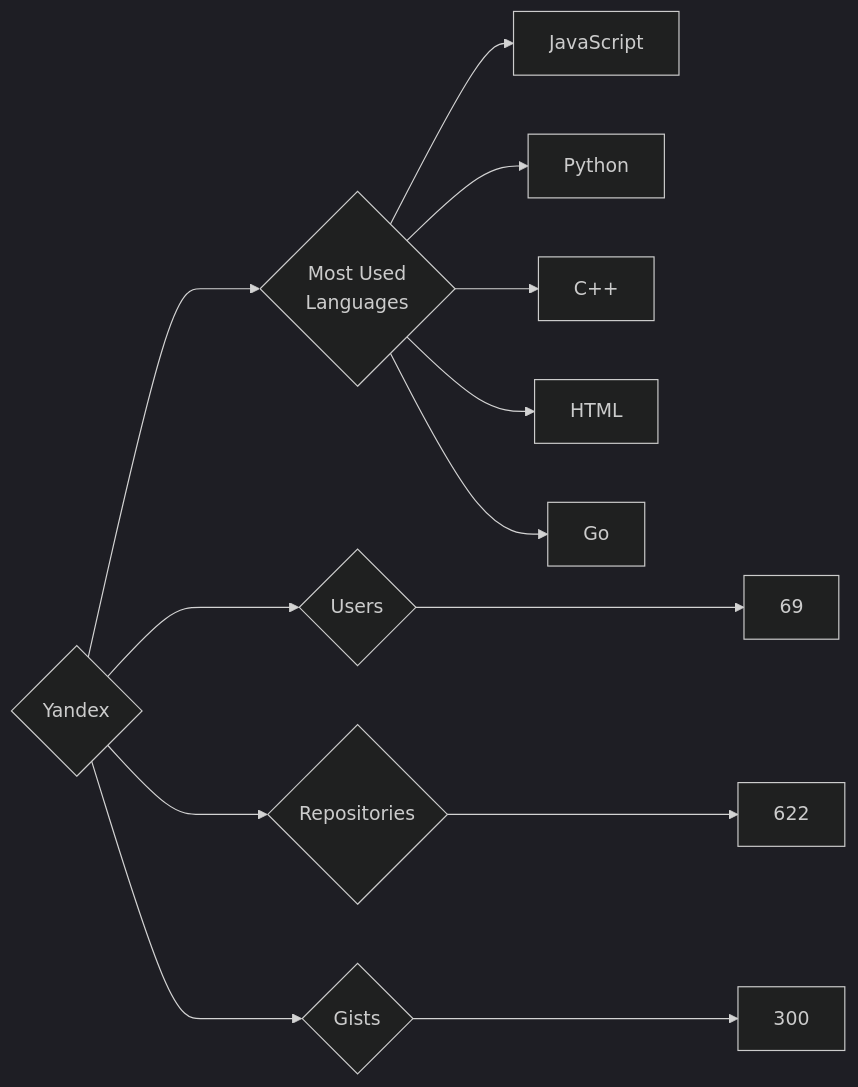
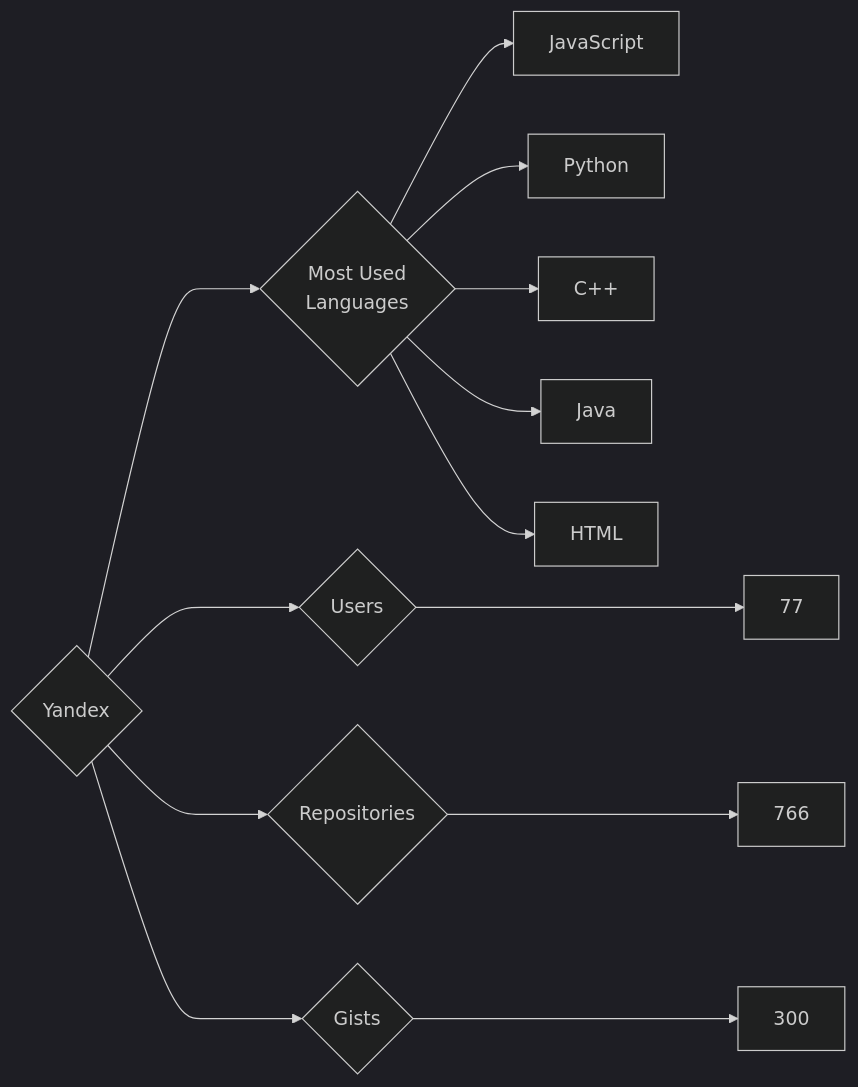
Before and after one commit to trickest/insiders: the diagram in targets/Yandex/README.md, drawn with Mermaid (dark theme). The commit also changed 725 other files, not shown here.

````diff
--- a/targets/Yandex/README.md
+++ b/targets/Yandex/README.md
@@ -3,13 +3,13 @@
 ```mermaid
 graph LR
 COMPANY_NAME{Yandex}
-COMPANY_NAME ---> U{Users} ---> UN[69]
-COMPANY_NAME ---> R{Repositories} ---> RN[622]
+COMPANY_NAME ---> U{Users} ---> UN[77]
+COMPANY_NAME ---> R{Repositories} ---> RN[766]
 COMPANY_NAME ---> G{Gists} ---> GN[300]
 COMPANY_NAME ---> ML{Most Used<br>Languages}
 ML --> JavaScript[JavaScript]
 ML --> Python[Python]
 ML --> C++[C++]
+ML --> Java[Java]
 ML --> HTML[HTML]
-ML --> Go[Go]
 ```
````
